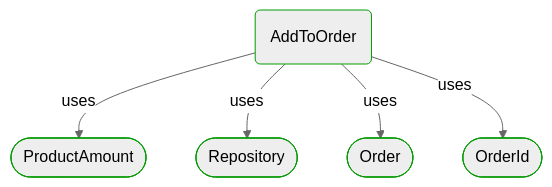
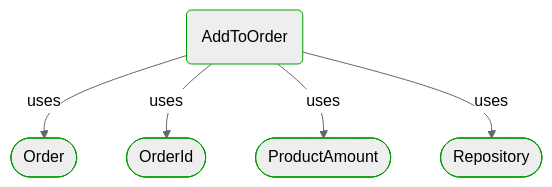
One commit to itlibrium/DDD-starter-dotnet changed the second of 4 diagrams in Docs/P3/MermaidOutput/ProcessSteps/Sale/Wholesale ordering/AddToOrder.md. Above: the diagram before and after it, drawn with Mermaid (neutral theme). The commit also changed 78 other files, not shown here.

````diff
--- a/Docs/P3/MermaidOutput/ProcessSteps/Sale/Wholesale ordering/AddToOrder.md
+++ b/Docs/P3/MermaidOutput/ProcessSteps/Sale/Wholesale ordering/AddToOrder.md
@@ -37,20 +37,20 @@
 ```mermaid
   flowchart TB
     0(AddToOrder)
     class 0 DomainPerspective
-    1([ProductAmount])
+    1([Order])
     class 1 DomainPerspective
     0-->|uses|1
-    2([Repository])
+    2([OrderId])
     class 2 DomainPerspective
     0-->|uses|2
-    3([Order])
+    3([ProductAmount])
     class 3 DomainPerspective
     0-->|uses|3
-    4([OrderId])
+    4([Repository])
     class 4 DomainPerspective
     0-->|uses|4
     classDef DomainPerspective stroke:#009900
     classDef TechnologyPerspective stroke:#1F41EB
     classDef PeoplePerspective stroke:#FFF014
 ```
````
